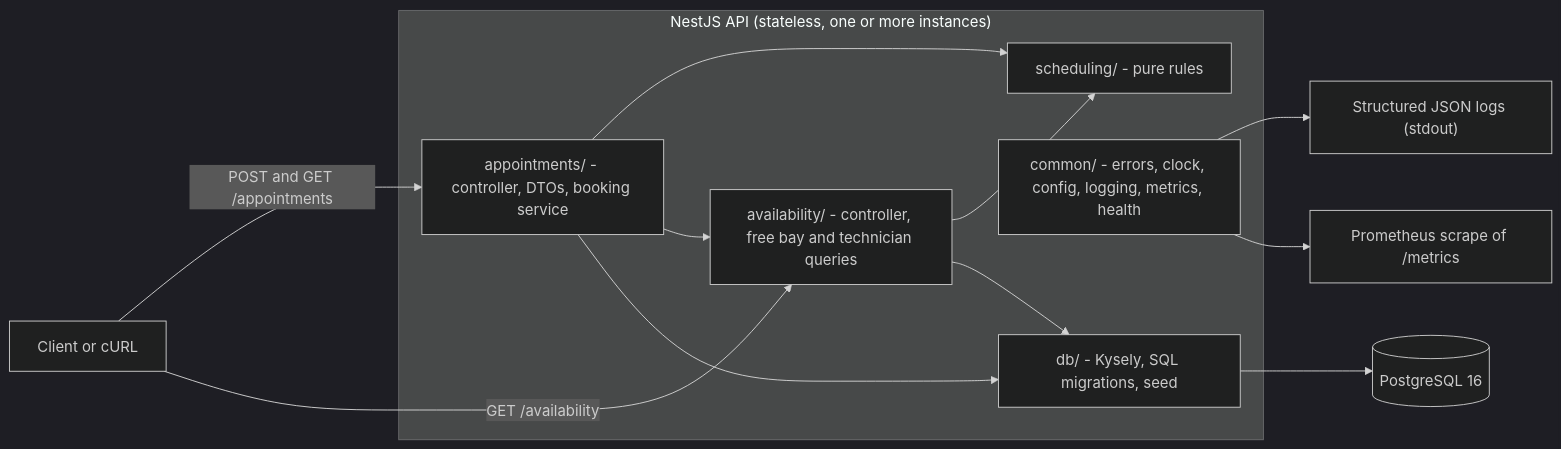
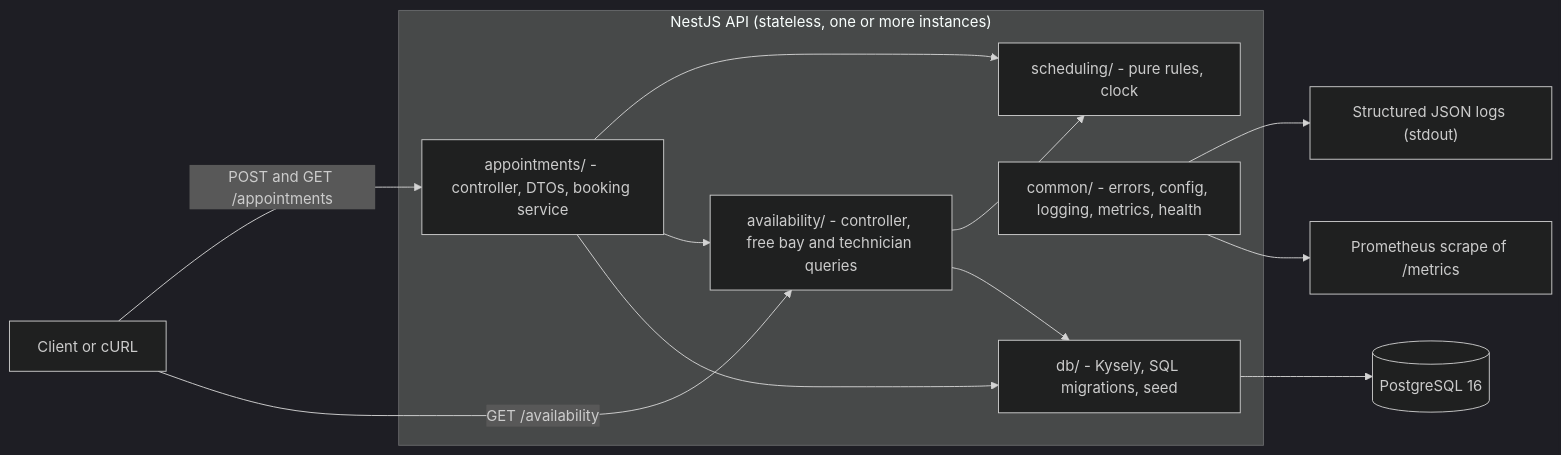
Before and after one commit to npvn/technical-assessment: the first of 4 diagrams in docs/DESIGN.md, drawn with Mermaid (dark theme). The commit also changed other lines of this file and 3 other files, not shown here.

````diff
--- a/docs/DESIGN.md
+++ b/docs/DESIGN.md
@@ -15,27 +15,27 @@
 ```mermaid
 flowchart LR
     client["Client or cURL"]
 
     subgraph api["NestJS API (stateless, one or more instances)"]
         appointments["appointments/ - controller, DTOs, booking service"]
         availability["availability/ - controller, free bay and technician queries"]
-        scheduling["scheduling/ - pure rules"]
-        common["common/ - errors, clock, config, logging, metrics, health"]
+        scheduling["scheduling/ - pure rules, clock"]
+        common["common/ - errors, config, logging, metrics, health"]
         db["db/ - Kysely, SQL migrations, seed"]
     end
 
     pg[("PostgreSQL 16")]
     logs["Structured JSON logs (stdout)"]
     prom["Prometheus scrape of /metrics"]
 
     client -->|"POST and GET /appointments"| appointments
     client -->|"GET /availability"| availability
     appointments --> scheduling
     appointments --> availability
     availability --> scheduling
     appointments --> db
     availability --> db
     db --> pg
     common --> logs
     common --> prom
 ```
````
